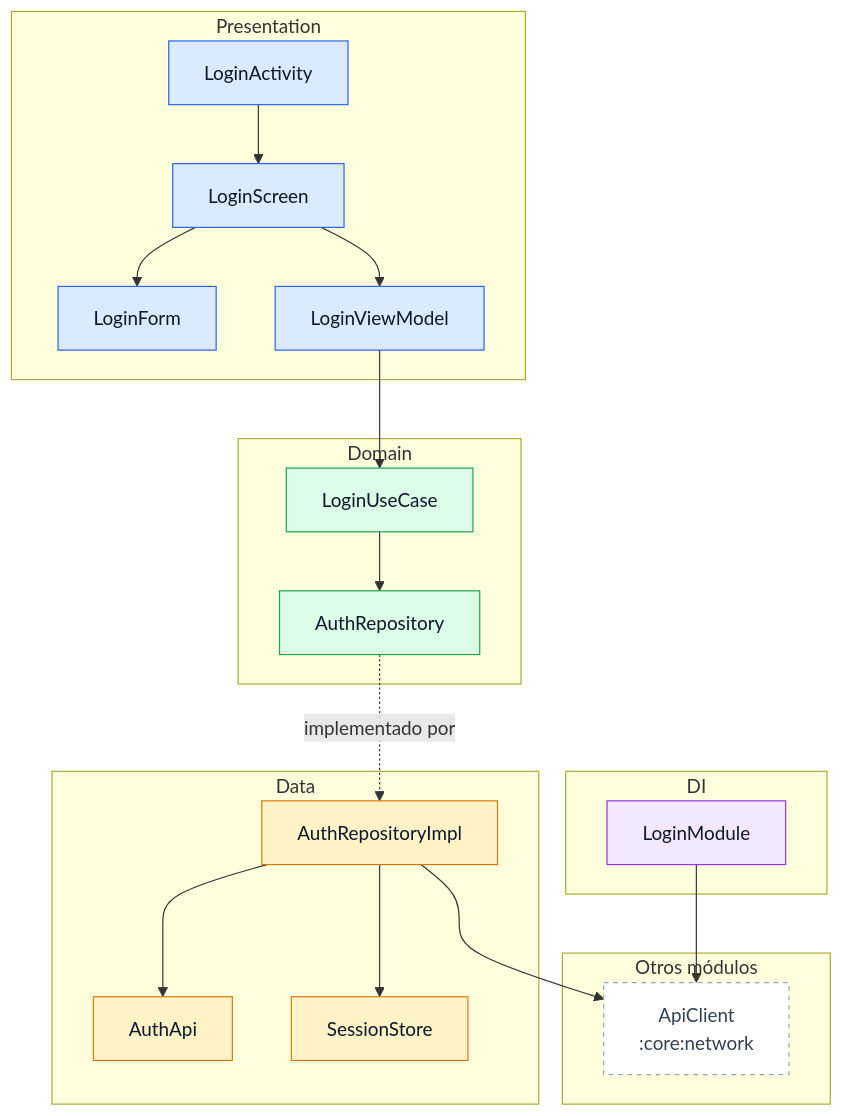
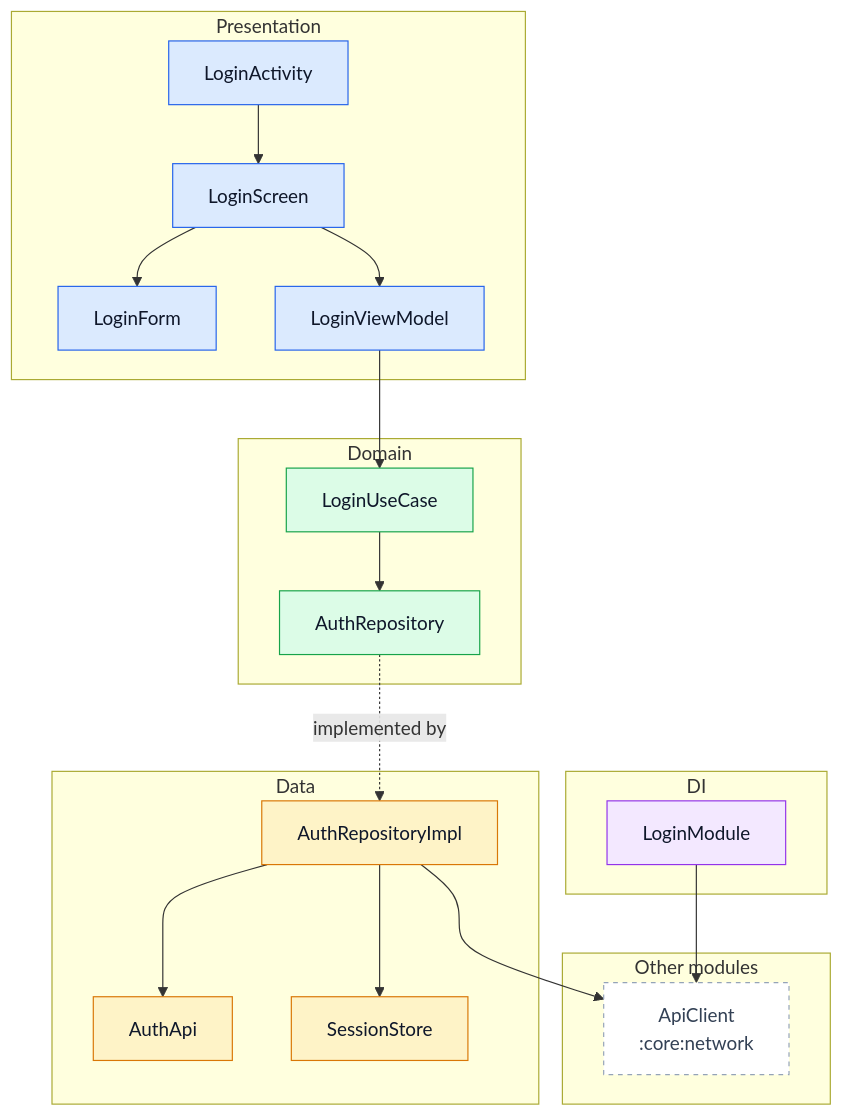
The first of 5 diagrams in examples/feature-login.md (pfranccino/android-module-map), drawn with Mermaid before and after one commit. The commit also changed other lines of this file and 13 other files, not shown here.

````diff
--- a/examples/feature-login.md
+++ b/examples/feature-login.md
@@ -9,44 +9,44 @@
 ```mermaid
 graph TD
     subgraph Presentation
         n2["LoginActivity"]
         n3["LoginScreen"]
         n4["LoginForm"]
         n5["LoginViewModel"]
     end
     subgraph Domain
         n0["AuthRepository"]
         n6["LoginUseCase"]
     end
     subgraph Data
         n7["AuthApi"]
         n1["AuthRepositoryImpl"]
         n8["SessionStore"]
     end
     subgraph DI
         n9["LoginModule"]
     end
-    subgraph ext_modules["Otros módulos"]
+    subgraph ext_modules["Other modules"]
         n10["ApiClient<br/>:core:network"]
     end
     n1 --> n10
     n1 --> n7
     n1 --> n8
     n2 --> n3
     n3 --> n4
     n3 --> n5
     n5 --> n6
     n6 --> n0
     n9 --> n10
-    n0 -.implementado por.-> n1
+    n0 -.implemented by.-> n1
     classDef layerPresentation fill:#dbeafe,stroke:#2563eb,color:#0f172a
     class n2,n3,n4,n5 layerPresentation
     classDef layerDomain fill:#dcfce7,stroke:#16a34a,color:#0f172a
     class n0,n6 layerDomain
     classDef layerData fill:#fef3c7,stroke:#d97706,color:#0f172a
     class n7,n1,n8 layerData
     classDef layerDI fill:#f3e8ff,stroke:#9333ea,color:#0f172a
     class n9 layerDI
     classDef external fill:#ffffff,stroke:#94a3b8,stroke-dasharray:4,color:#334155
     class n10 external
 ```
````
